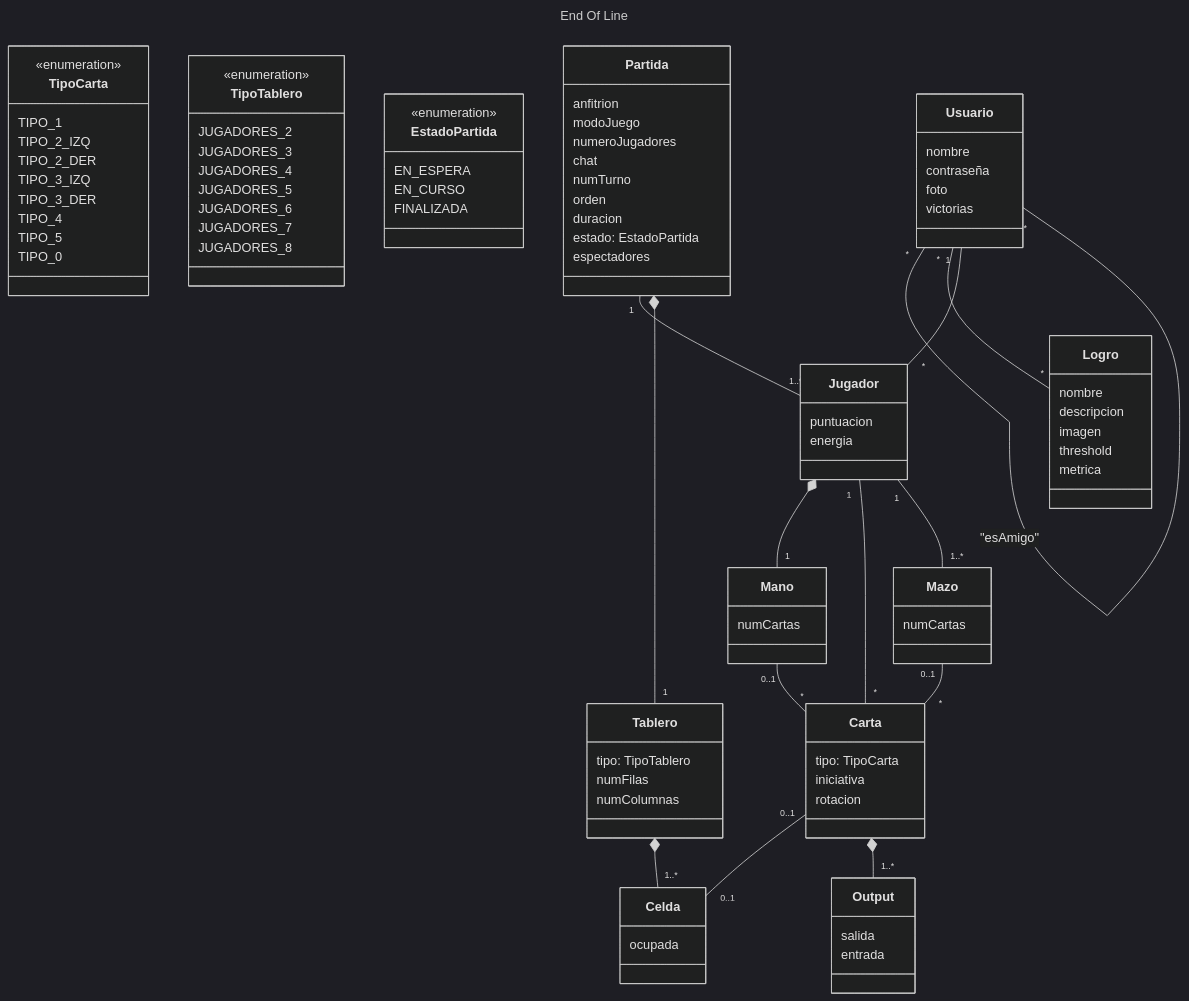
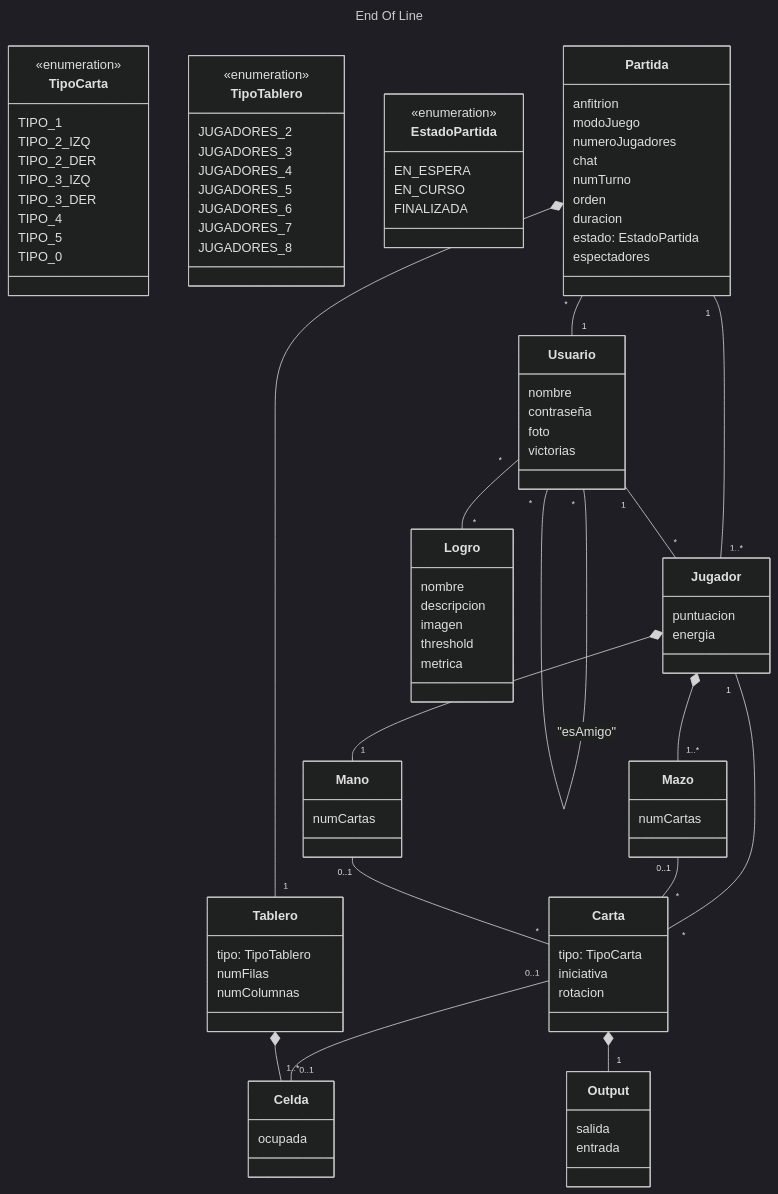
The diagram in docs/deliverables/Análisis de requisitos del sistema.md (danilr16/End-Of-Line), drawn with Mermaid (dark theme) before and after one commit. The commit also changed 8 other files, not shown here.

Commit message:
Diagrama de dominio e introduccion de diseño del sistema

````diff
--- a/docs/deliverables/Análisis de requisitos del sistema.md
+++ b/docs/deliverables/Análisis de requisitos del sistema.md
@@ -258,12 +258,13 @@
     Usuario "*" -- "*" Usuario: "esAmigo"
     Jugador *-- "1" Mano
     Jugador "1" -- "*" Carta
-    Jugador "1" -- "1..*" Mazo
+    Jugador *-- "1..*" Mazo
     Carta "0..1" -- "0..1" Celda
     Mazo "0..1" -- "*" Carta
     Mano "0..1" -- "*" Carta
     Tablero *-- "1..*" Celda
-    Carta *-- "1..*" Output
+    Carta *-- "1" Output
     Usuario "*" -- "*" Logro
     Usuario "1" -- "*" Jugador
+    Partida "*" -- "1" Usuario
 ```
````
